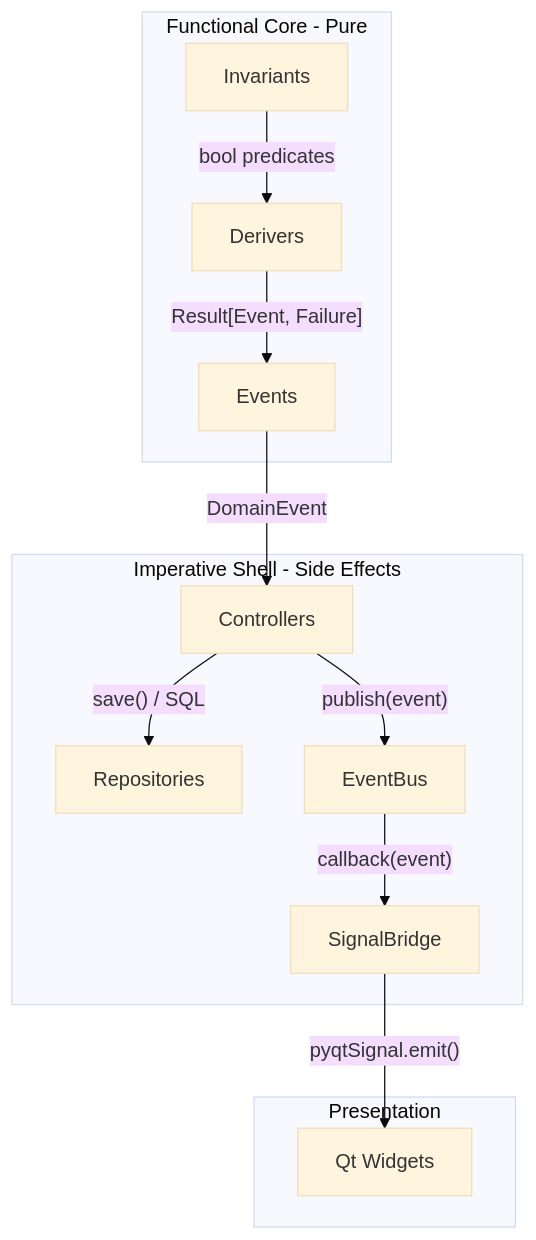
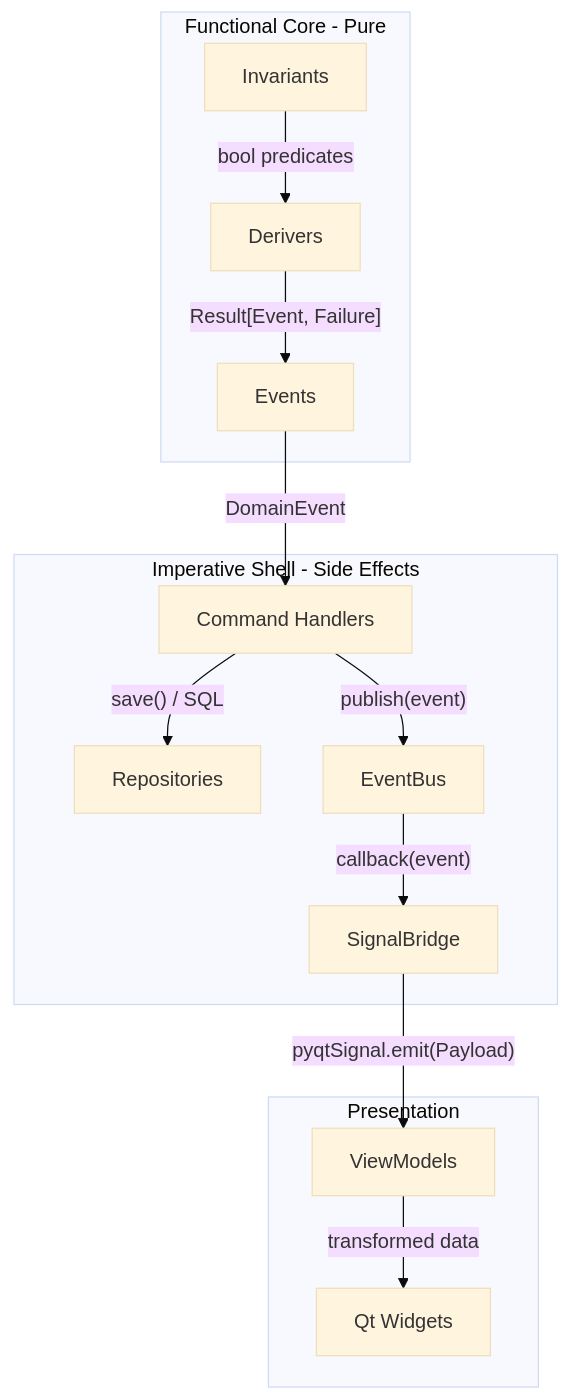
One commit to scope-impact/QualCoder-v2 changed the fifth of 11 diagrams in docs/ARCHITECTURE.md. Above: the diagram before and after it, drawn with Mermaid (base theme). The commit also changed other lines of this file, not shown here.

First line of the commit message:
docs: expand event handling architecture with EventBus API, SignalBridge pattern, and domain events

````diff
--- a/docs/ARCHITECTURE.md
+++ b/docs/ARCHITECTURE.md
@@ -157,27 +157,29 @@
 ```mermaid
 graph TB
     subgraph Functional Core - Pure
         INV[Invariants]
         DER[Derivers]
         EVT[Events]
     end
 
     subgraph Imperative Shell - Side Effects
-        CTRL[Controllers]
+        CTRL[Command Handlers]
         REPO[Repositories]
         BUS[EventBus]
         SB[SignalBridge]
     end
 
     subgraph Presentation
+        VM[ViewModels]
         QT[Qt Widgets]
     end
 
     INV -- "bool predicates" --> DER
     DER -- "Result[Event, Failure]" --> EVT
     EVT -- "DomainEvent" --> CTRL
     CTRL -- "save() / SQL" --> REPO
     CTRL -- "publish(event)" --> BUS
     BUS -- "callback(event)" --> SB
-    SB -- "pyqtSignal.emit()" --> QT
+    SB -- "pyqtSignal.emit(Payload)" --> VM
+    VM -- "transformed data" --> QT
 ```
````
